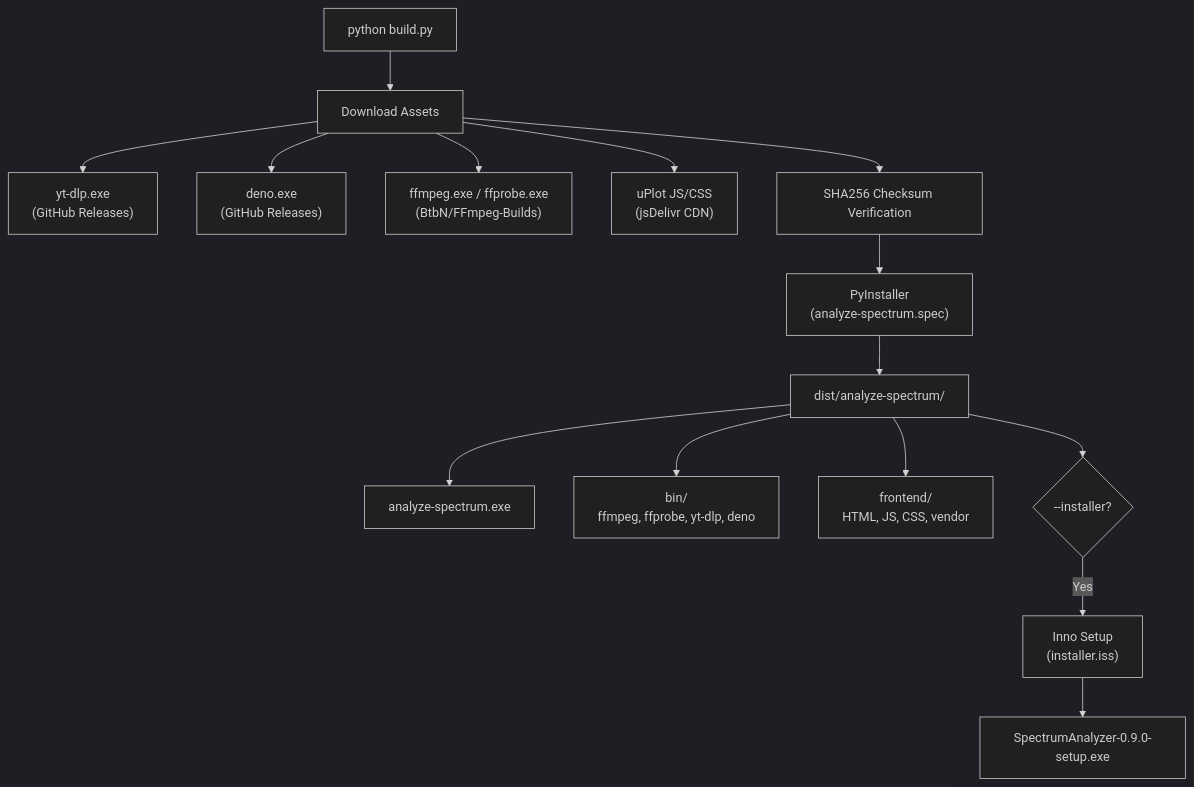
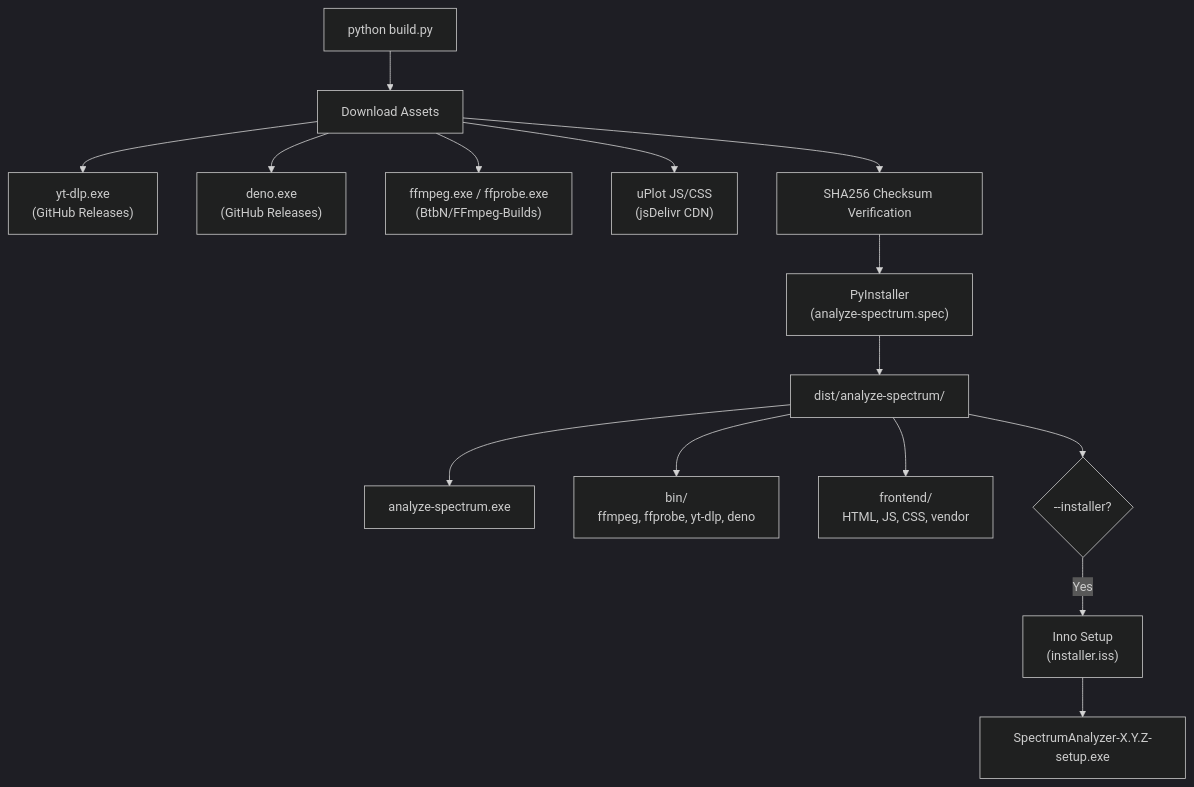
Diagram 14 of 16 in docs/architecture.md (semnil/analyze-spectrum), drawn with Mermaid (dark theme) before and after one commit. The commit also changed other lines of this file and 1 other file, not shown here.

Commit message:
fix: yt-dlp タイトル取得の CP932 文字化け対応
fetch_title を bytes モードで読み取り、UTF-8 → CP932
フォールバックデコードに変更。Windows 環境で日本語タイトルが
"Untitled" または文字化けする問題を修正。

````diff
--- a/docs/architecture.md
+++ b/docs/architecture.md
@@ -376,23 +376,23 @@
 ```mermaid
 flowchart TD
     BUILD["python build.py"]
     DL_ASSETS["Download Assets"]
 
     DL_ASSETS --> YTDLP["yt-dlp.exe<br/>(GitHub Releases)"]
     DL_ASSETS --> DENO["deno.exe<br/>(GitHub Releases)"]
     DL_ASSETS --> FFMPEG["ffmpeg.exe / ffprobe.exe<br/>(BtbN/FFmpeg-Builds)"]
     DL_ASSETS --> UPLOT["uPlot JS/CSS<br/>(jsDelivr CDN)"]
 
     BUILD --> DL_ASSETS
     DL_ASSETS --> VERIFY["SHA256 Checksum Verification"]
     VERIFY --> PYINST["PyInstaller<br/>(analyze-spectrum.spec)"]
 
     PYINST --> BUNDLE["dist/analyze-spectrum/"]
     BUNDLE --> EXE["analyze-spectrum.exe"]
     BUNDLE --> BIN["bin/<br/>ffmpeg, ffprobe, yt-dlp, deno"]
     BUNDLE --> FE["frontend/<br/>HTML, JS, CSS, vendor"]
 
     BUNDLE --> ISS{"--installer?"}
     ISS -->|Yes| INNO["Inno Setup<br/>(installer.iss)"]
-    INNO --> SETUP["SpectrumAnalyzer-0.9.0-setup.exe"]
+    INNO --> SETUP["SpectrumAnalyzer-X.Y.Z-setup.exe"]
 ```
````
